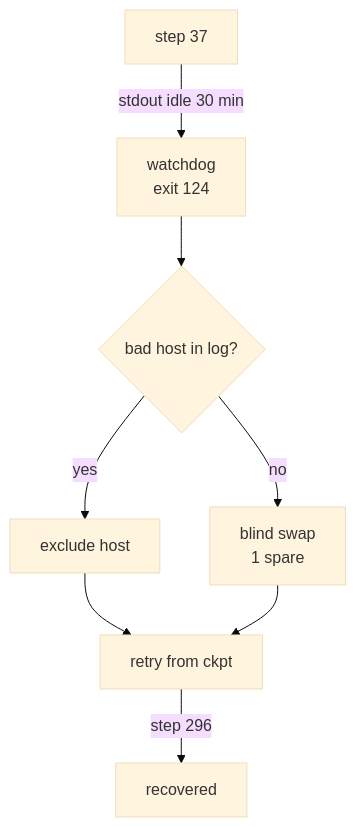
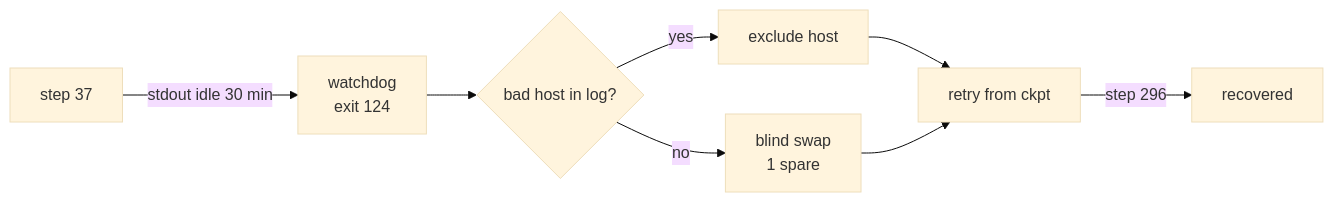
One commit to saforem2/samf.sh changed the fifth of 7 diagrams in web/src/pages/talks/2026/10/21/index.mdx. Above: the diagram before and after it, drawn with Mermaid (base theme). The commit also changed other lines of this file and 1 other file, not shown here.

First line of the commit message:
style(slides): lay out the stalled-job flow left-to-right

````diff
--- a/web/src/pages/talks/2026/10/21/index.mdx
+++ b/web/src/pages/talks/2026/10/21/index.mdx
@@ -515,10 +515,10 @@
 ```mermaid
-flowchart TB
+flowchart LR
     TRAIN["step 37"] -->|"stdout idle 30 min"| WATCH["watchdog<br/>exit 124"]
     WATCH --> TRACE{"bad host in log?"}
     TRACE -->|yes| EXCLUDE["exclude host"]
     TRACE -->|no| SWAP["blind swap<br/>1 spare"]
     EXCLUDE --> RETRY["retry from ckpt"]
     SWAP --> RETRY
     RETRY -->|"step 296"| DONE["recovered"]
 ```
````
